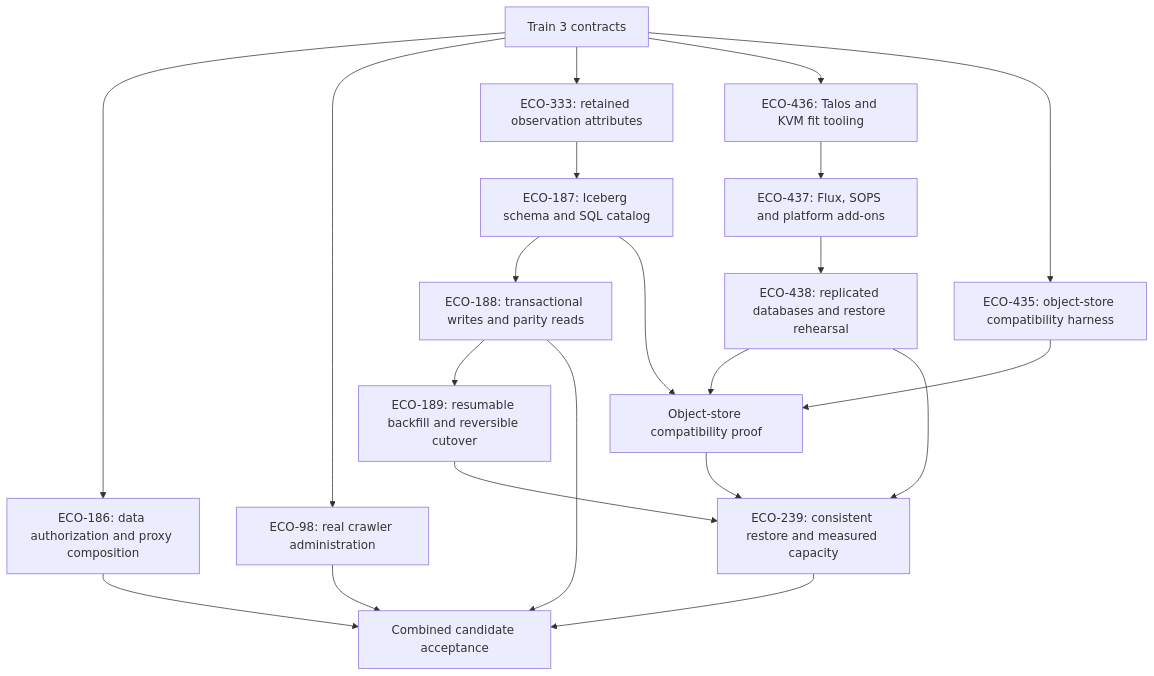
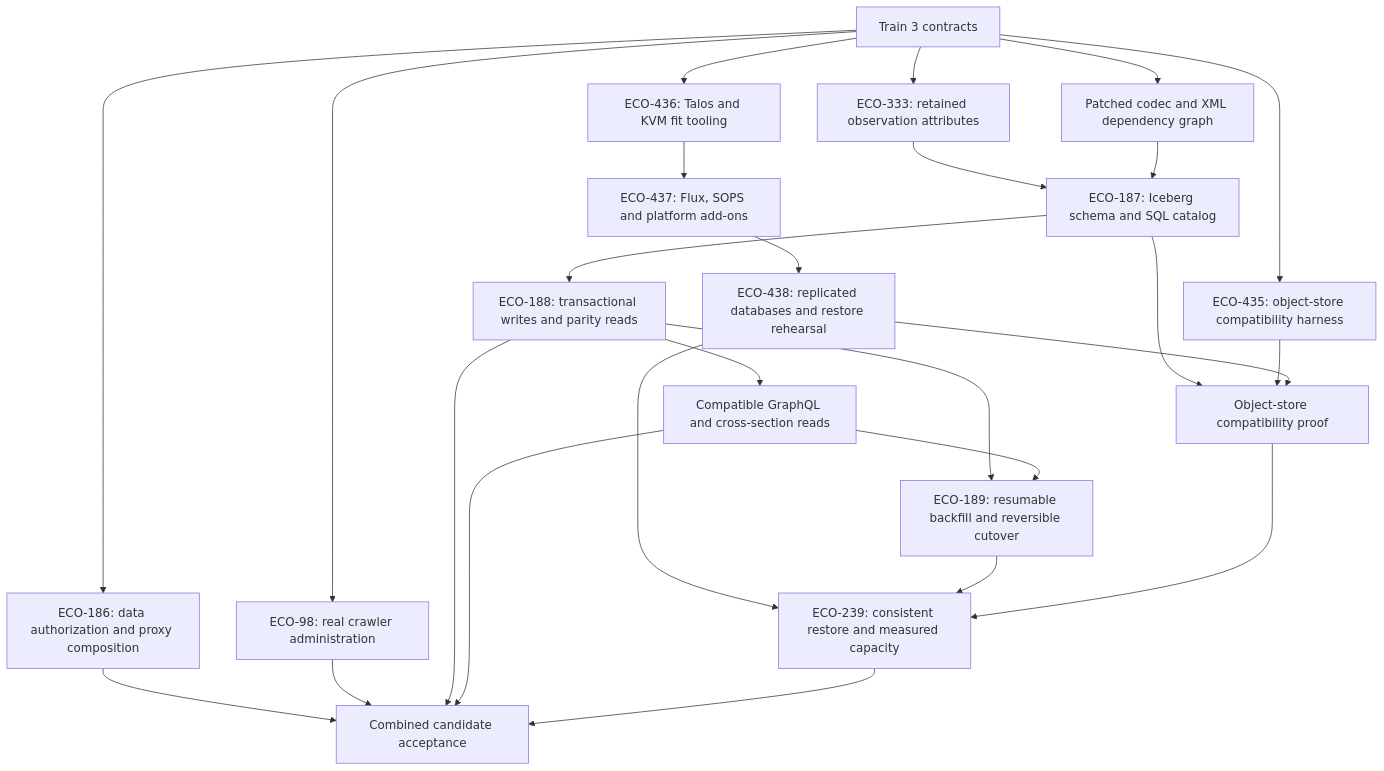
One commit to EconGraph/econ-graph changed the diagram in docs/development/TRAIN4.md. Above: the diagram before and after it, drawn with Mermaid. The commit also changed other lines of this file and 4 other files, not shown here.

````diff
--- a/docs/development/TRAIN4.md
+++ b/docs/development/TRAIN4.md
@@ -12,23 +12,28 @@
 ```mermaid
 flowchart TD
     T3[Train 3 contracts] --> Access[ECO-186: data authorization and proxy composition]
     T3 --> Admin[ECO-98: real crawler administration]
     T3 --> Attributes[ECO-333: retained observation attributes]
     T3 --> Talos[ECO-436: Talos and KVM fit tooling]
     T3 --> Probe[ECO-435: object-store compatibility harness]
     Talos --> Flux[ECO-437: Flux, SOPS and platform add-ons]
     Flux --> CNPG[ECO-438: replicated databases and restore rehearsal]
     Attributes --> Catalog[ECO-187: Iceberg schema and SQL catalog]
+    T3 --> Dependencies[Patched codec and XML dependency graph]
+    Dependencies --> Catalog
     Catalog --> Store[ECO-188: transactional writes and parity reads]
+    Store --> Readers[Compatible GraphQL and cross-section reads]
     Catalog --> Smoke[Object-store compatibility proof]
     Probe --> Smoke
     CNPG --> Smoke
     Store --> Migration[ECO-189: resumable backfill and reversible cutover]
+    Readers --> Migration
     CNPG --> Recovery[ECO-239: consistent restore and measured capacity]
     Migration --> Recovery
     Smoke --> Recovery
     Access --> Combined[Combined candidate acceptance]
     Admin --> Combined
     Store --> Combined
+    Readers --> Combined
     Recovery --> Combined
 ```
````
